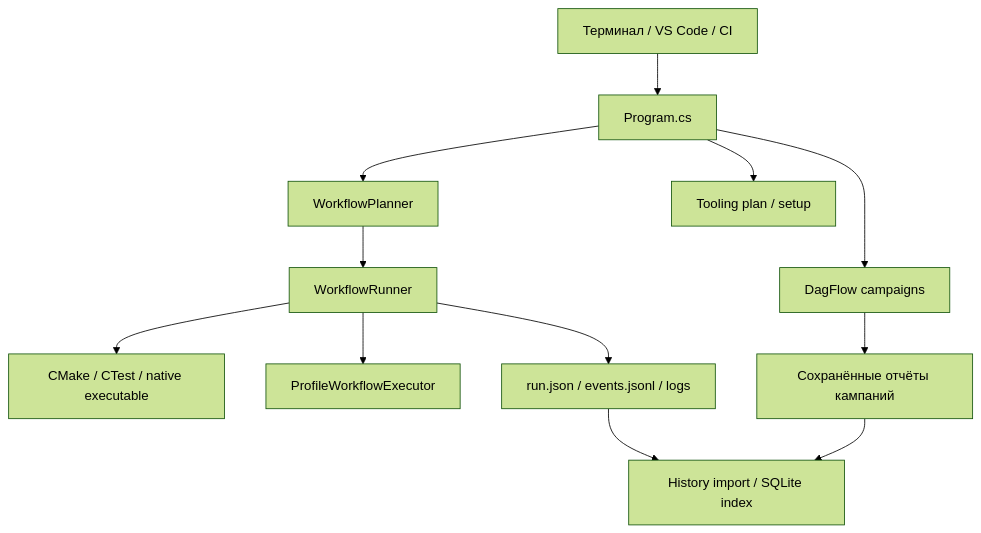
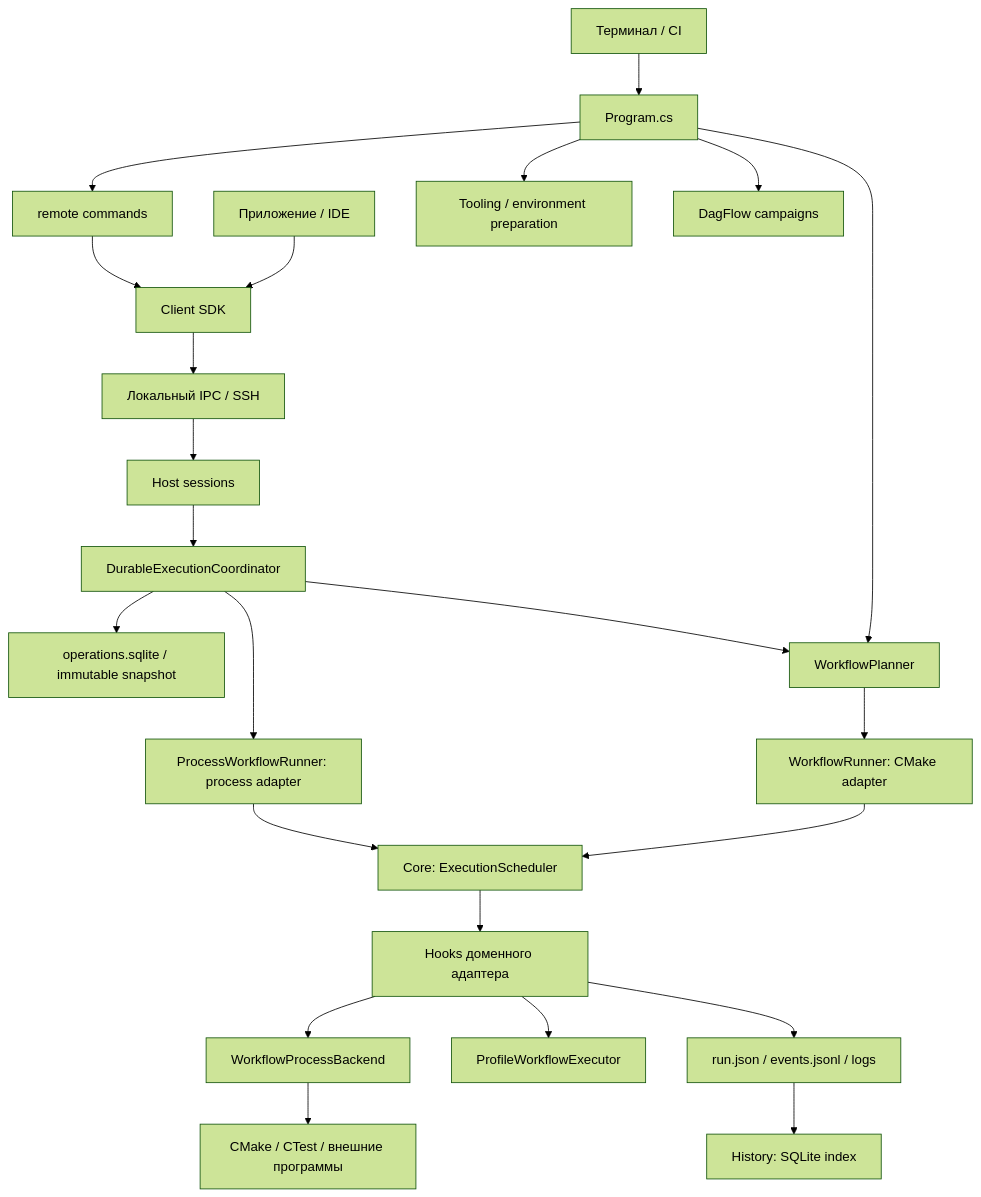
One commit to cpp20120/CMakeWorkflow changed the diagram in docs/architecture.md. Above: the diagram before and after it, drawn with Mermaid (forest theme). The commit also changed other lines of this file, not shown here.

````diff
--- a/docs/architecture.md
+++ b/docs/architecture.md
@@ -28,14 +40,25 @@
 ```mermaid
 flowchart TD
-    UI[Терминал / VS Code / CI] --> CLI[Program.cs]
-    CLI --> Plan[WorkflowPlanner]
-    Plan --> Runner[WorkflowRunner]
-    Runner --> CMake[CMake / CTest / native executable]
-    Runner --> Profiler[ProfileWorkflowExecutor]
-    Runner --> Reports[run.json / events.jsonl / logs]
+    Terminal[Терминал / CI] --> CLI[Program.cs]
+    App[Приложение / IDE] --> SDK[Client SDK]
+    CLI --> Remote[remote commands]
+    Remote --> SDK
+    SDK --> RPC[Локальный IPC / SSH]
+    RPC --> Host[Host sessions]
+    Host --> Coordinator[DurableExecutionCoordinator]
+    Coordinator --> Store[operations.sqlite / immutable snapshot]
+    CLI --> Planner[WorkflowPlanner]
+    Coordinator --> Planner
+    Planner --> CMakeRunner[WorkflowRunner: CMake adapter]
+    Coordinator --> ProcessRunner[ProcessWorkflowRunner: process adapter]
+    CMakeRunner --> Scheduler[Core: ExecutionScheduler]
+    ProcessRunner --> Scheduler
+    Scheduler --> Hooks[Hooks доменного адаптера]
+    Hooks --> Backend[WorkflowProcessBackend]
+    Hooks --> Profiler[ProfileWorkflowExecutor]
+    Backend --> External[CMake / CTest / внешние программы]
+    Hooks --> Reports[run.json / events.jsonl / logs]
+    Reports --> History[History: SQLite index]
+    CLI --> Tooling[Tooling / environment preparation]
     CLI --> Campaigns[DagFlow campaigns]
-    CLI --> Tooling[Tooling plan / setup]
-    Reports --> History[History import / SQLite index]
-    Campaigns --> Artifacts[Сохранённые отчёты кампаний]
-    Artifacts --> History
 ```
````
